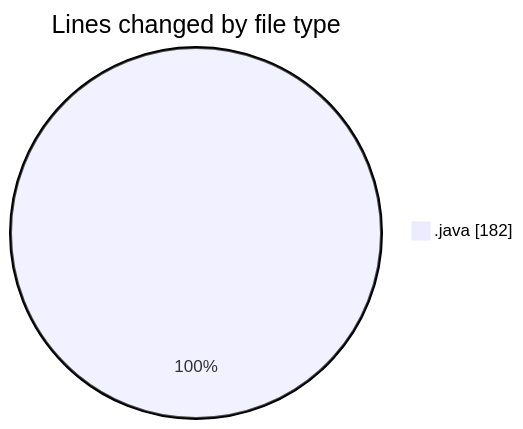
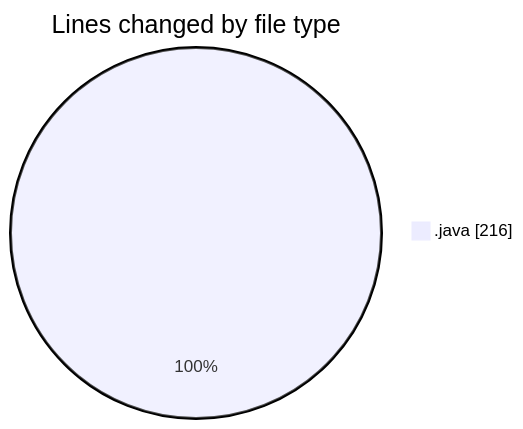
One commit to ricardozamudiocil/code-tracking changed the first of 2 diagrams in 2026-05-22/cilapp/README.md. Above: the diagram before and after it, drawn with Mermaid. The commit also changed other lines of this file and 1 other file, not shown here.

````diff
--- a/2026-05-22/cilapp/README.md
+++ b/2026-05-22/cilapp/README.md
@@ -20,5 +20,5 @@
 ```mermaid
 pie showData
 title Lines changed by file type
-".java" : 182
+".java" : 216
 ```
````
